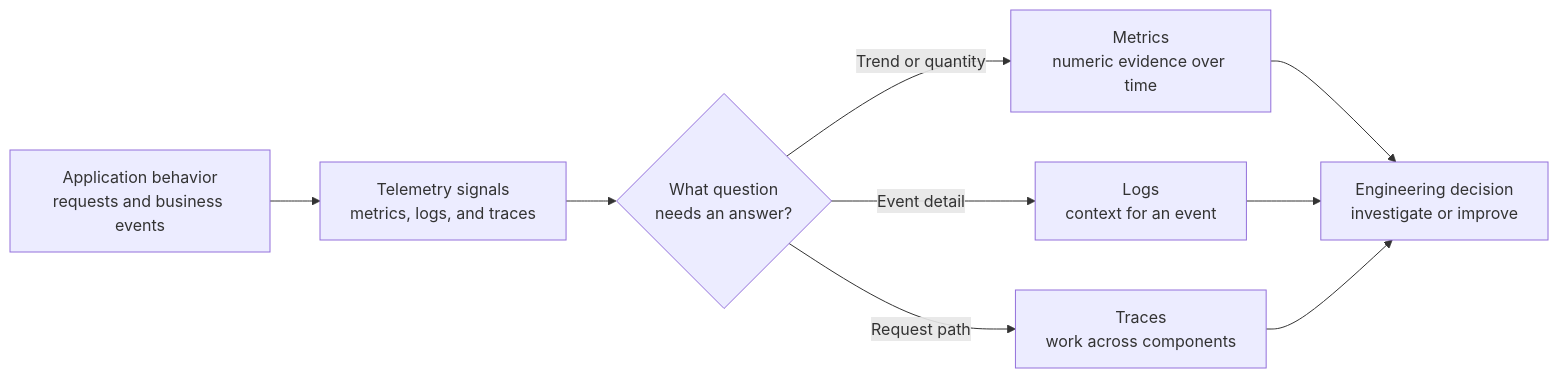
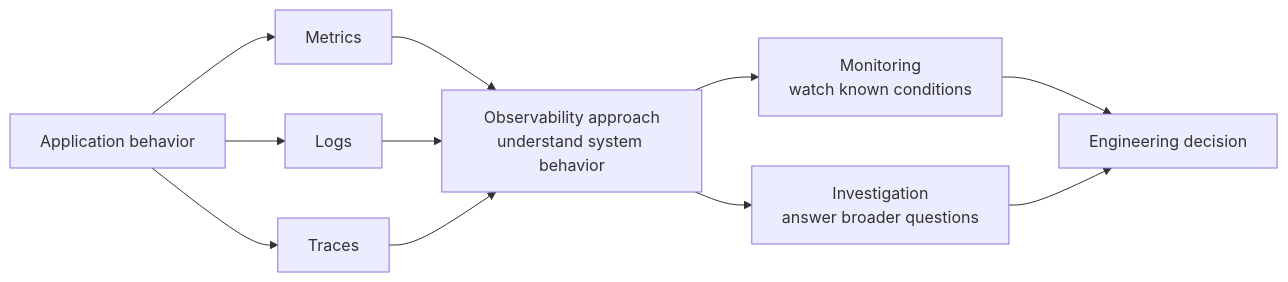
Before and after one commit to hazemataya94/5percent-observability: the first of 2 diagrams in docs/fundamentals/01-observability-fundamentals.md, drawn with Mermaid. The commit also changed other lines of this file and 1 other file, not shown here.

````diff
--- a/docs/fundamentals/01-observability-fundamentals.md
+++ b/docs/fundamentals/01-observability-fundamentals.md
@@ -57,11 +83,13 @@
 ```mermaid
 flowchart LR
-  behavior["Application behavior<br>requests and business events"] --> signals["Telemetry signals<br>metrics, logs, and traces"]
-  signals --> questions{"What question<br>needs an answer?"}
-  questions -->|"Trend or quantity"| metrics["Metrics<br>numeric evidence over time"]
-  questions -->|"Event detail"| logs["Logs<br>context for an event"]
-  questions -->|"Request path"| traces["Traces<br>work across components"]
-  metrics --> decision["Engineering decision<br>investigate or improve"]
-  logs --> decision
-  traces --> decision
+  behavior["Application behavior"] --> metrics["Metrics"]
+  behavior --> logs["Logs"]
+  behavior --> traces["Traces"]
+  metrics --> observability["Observability approach<br>understand system behavior"]
+  logs --> observability
+  traces --> observability
+  observability --> monitoring["Monitoring<br>watch known conditions"]
+  observability --> investigation["Investigation<br>answer broader questions"]
+  monitoring --> decision["Engineering decision"]
+  investigation --> decision
 ```
````
